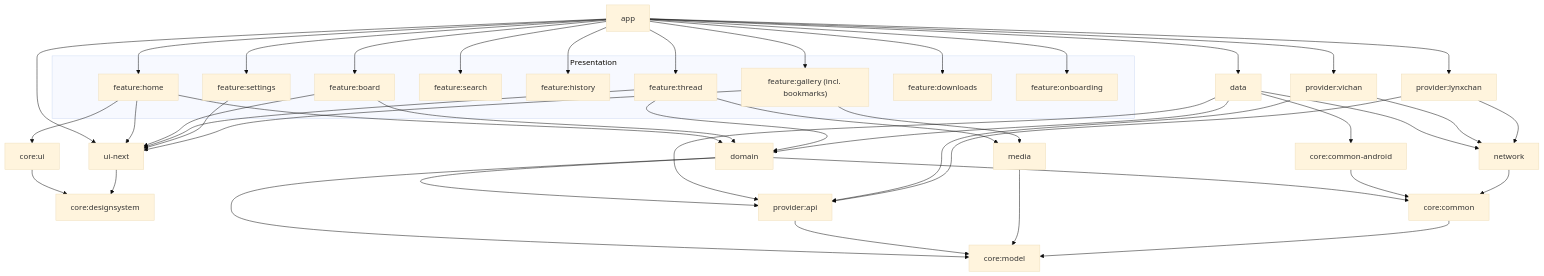
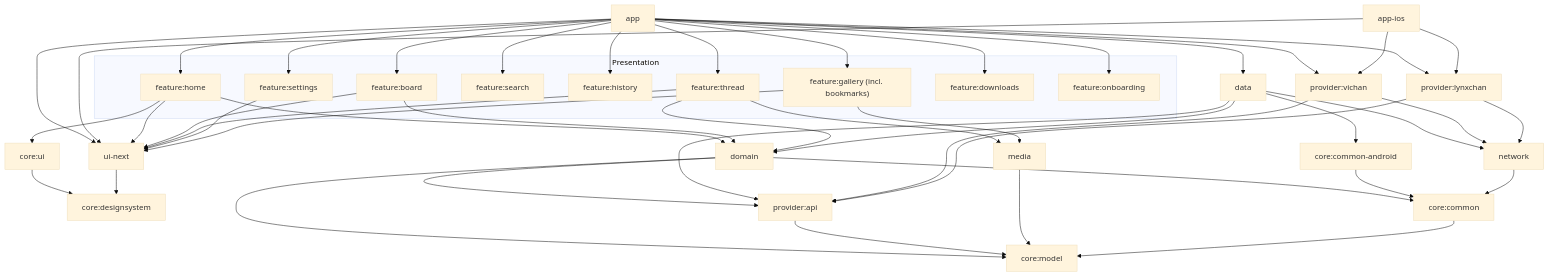
The diagram in docs/architecture/README.md (Defuuls/Orbin), drawn with Mermaid (base theme) before and after one commit. The commit also changed 23 other files, not shown here.

````diff
--- a/docs/architecture/README.md
+++ b/docs/architecture/README.md
@@ -38,54 +38,57 @@
 ```mermaid
 graph TD
     app --> feature_home & feature_board & feature_thread & feature_search
     app --> feature_history & feature_settings & feature_gallery & feature_downloads & feature_onboarding
     app --> data
     app --> provider_vichan & provider_lynxchan
 
     subgraph Presentation
       feature_home[feature:home]
       feature_board[feature:board]
       feature_thread[feature:thread]
       feature_search[feature:search]
       feature_history[feature:history]
       feature_settings[feature:settings]
       feature_gallery["feature:gallery (incl. bookmarks)"]
       feature_downloads[feature:downloads]
       feature_onboarding[feature:onboarding]
     end
 
     feature_home --> domain
     feature_board --> domain
     feature_thread --> domain
     feature_thread --> media
     feature_gallery --> media
     feature_home --> core_ui[core:ui]
     core_ui --> core_designsystem[core:designsystem]
 
     app --> ui_next[ui-next]
+    app_ios[app-ios] --> ui_next
+    app_ios --> provider_vichan
+    app_ios --> provider_lynxchan
     feature_home --> ui_next
     feature_board --> ui_next
     feature_thread --> ui_next
     feature_settings --> ui_next
     feature_gallery --> ui_next
     ui_next --> core_designsystem
 
     domain --> core_model[core:model]
     domain --> core_common[core:common]
     domain --> provider_api[provider:api]
 
     data --> domain
     data --> network
     data --> provider_api
     data --> core_common_android[core:common-android]
     core_common_android --> core_common
 
     provider_vichan[provider:vichan] --> provider_api
     provider_vichan --> network
     provider_lynxchan[provider:lynxchan] --> provider_api
     provider_lynxchan --> network
     provider_api --> core_model
     media --> core_model
     network --> core_common
     core_common --> core_model
 ```
````
